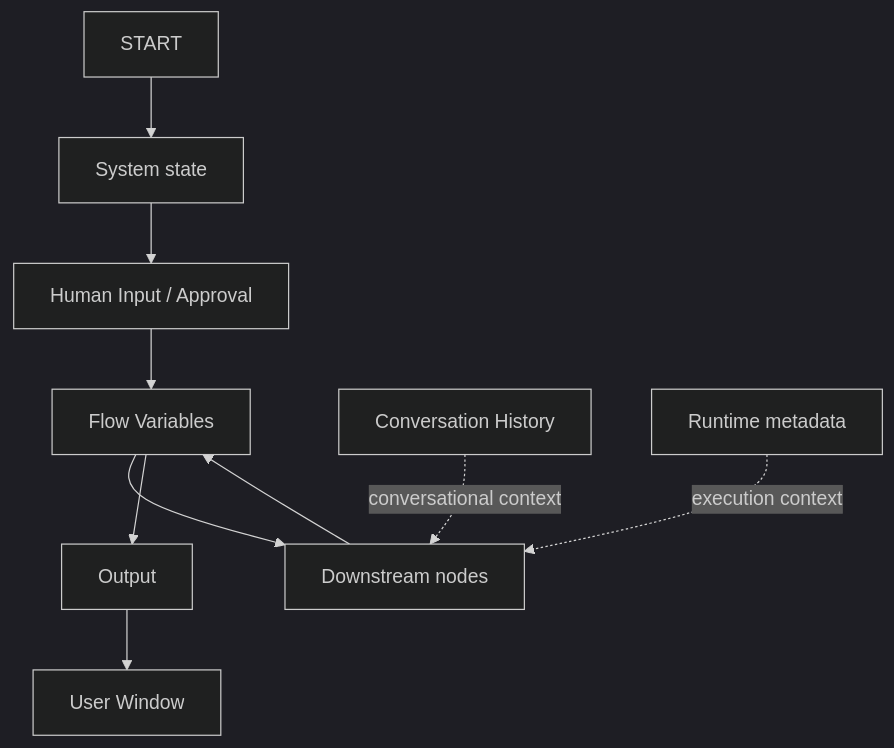
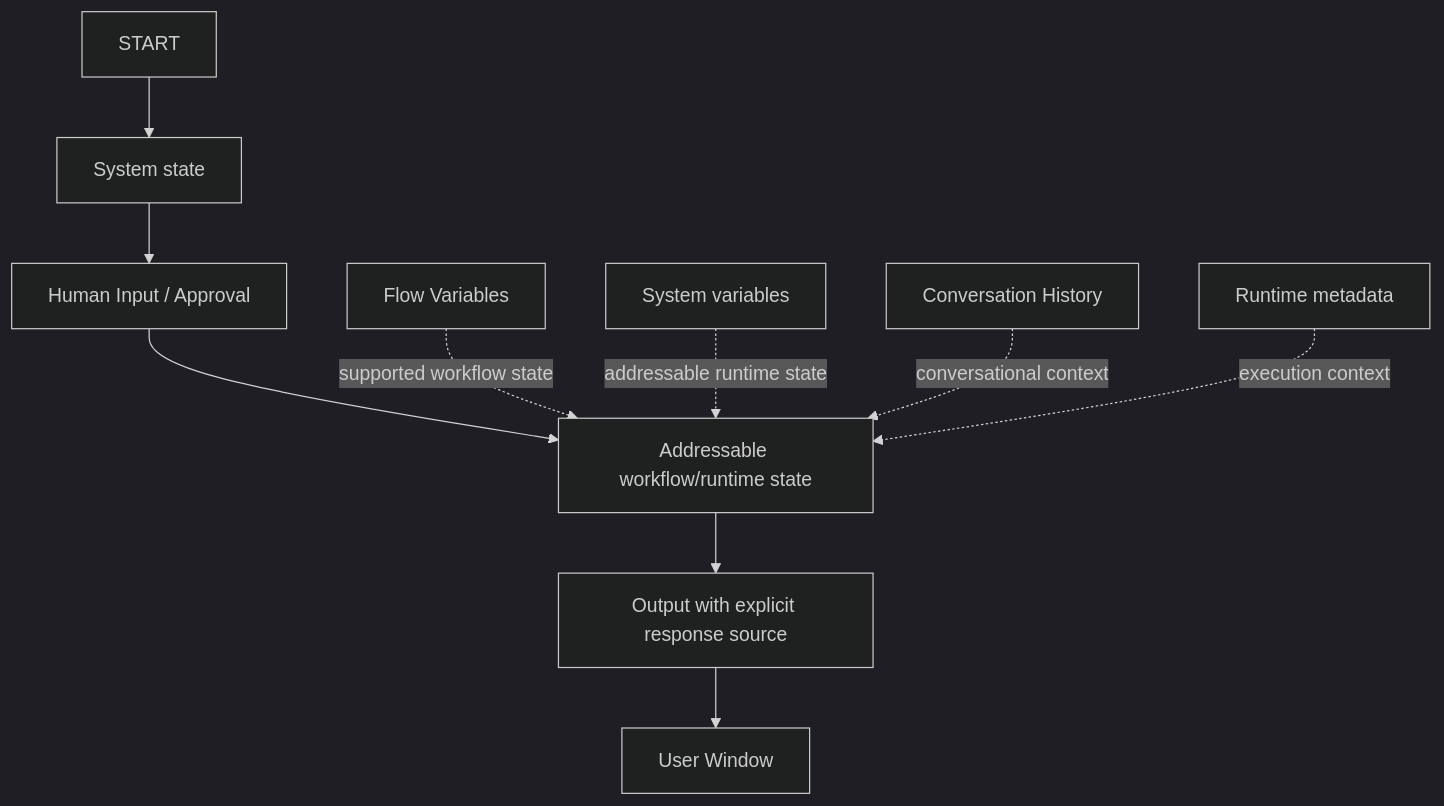
One commit to adityarane-ai/Agentic-Orchestrations changed the diagram in Bid Analysis Agent/12 - End-to-End Node Test Log.md. Above: the diagram before and after it, drawn with Mermaid (dark theme). The commit also changed other lines of this file, not shown here.

Commit message:
Update runtime test log with system.humanInput output test

````diff
--- a/Bid Analysis Agent/12 - End-to-End Node Test Log.md
+++ b/Bid Analysis Agent/12 - End-to-End Node Test Log.md
@@ -510,13 +483,13 @@
 ```mermaid
 flowchart TD
     START[START] --> SYS[System state]
     SYS --> HITL[Human Input / Approval]
-    HITL --> FLOW[Flow Variables]
-    FLOW --> DOWN[Downstream nodes]
-    DOWN --> FLOW
-    FLOW --> OUT[Output]
+    HITL --> STATE[Addressable workflow/runtime state]
+    STATE --> OUT[Output with explicit response source]
     OUT --> USER[User Window]
 
-    CH[Conversation History] -. conversational context .-> DOWN
-    RT[Runtime metadata] -. execution context .-> DOWN
+    FLOW[Flow Variables] -. supported workflow state .-> STATE
+    SYS2[System variables] -. addressable runtime state .-> STATE
+    CH[Conversation History] -. conversational context .-> STATE
+    RT[Runtime metadata] -. execution context .-> STATE
 ```
````
